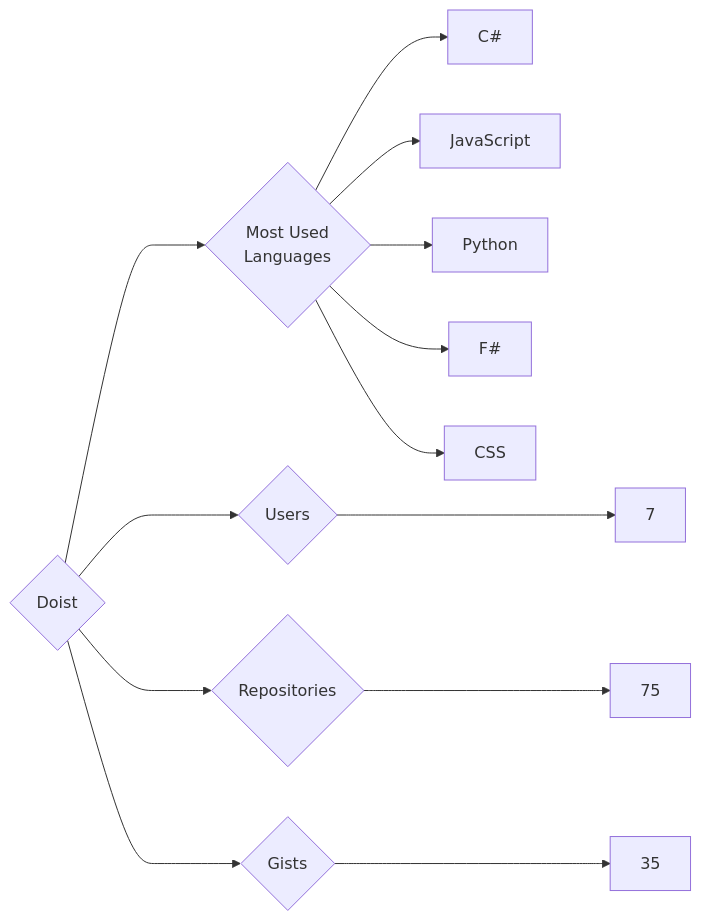
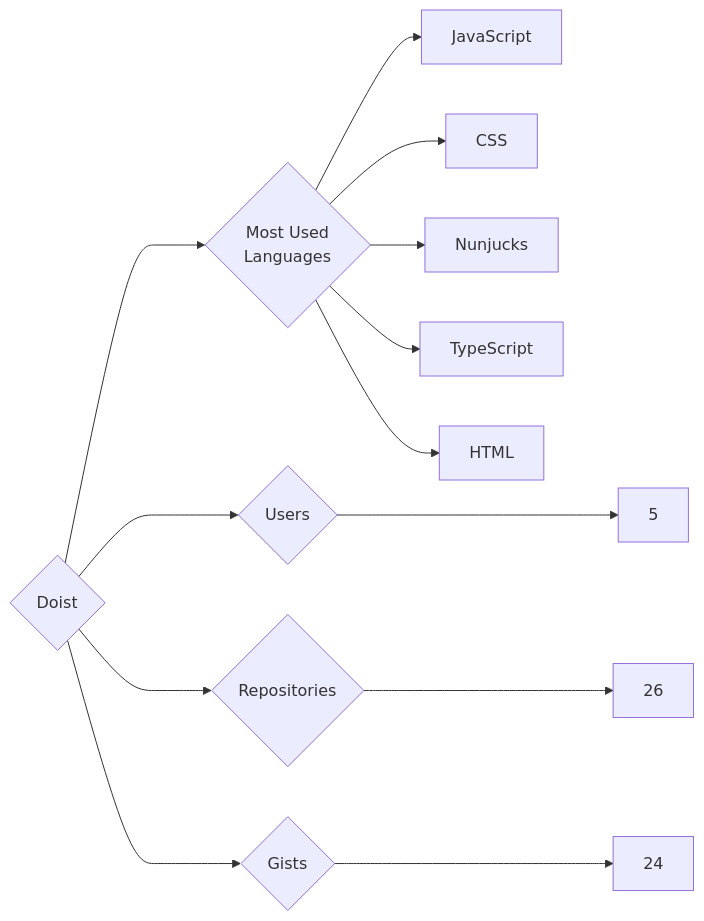
One commit to trickest/insiders changed the diagram in targets/Doist/README.md. Above: the diagram before and after it, drawn with Mermaid. The commit also changed 1212 other files, not shown here.

````diff
--- a/targets/Doist/README.md
+++ b/targets/Doist/README.md
@@ -3,13 +3,13 @@
 ```mermaid
 graph LR
 COMPANY_NAME{Doist}
-COMPANY_NAME ---> U{Users} ---> UN[7]
-COMPANY_NAME ---> R{Repositories} ---> RN[75]
-COMPANY_NAME ---> G{Gists} ---> GN[35]
+COMPANY_NAME ---> U{Users} ---> UN[5]
+COMPANY_NAME ---> R{Repositories} ---> RN[26]
+COMPANY_NAME ---> G{Gists} ---> GN[24]
 COMPANY_NAME ---> ML{Most Used<br>Languages}
-ML --> C#[C#]
 ML --> JavaScript[JavaScript]
-ML --> Python[Python]
-ML --> F#[F#]
 ML --> CSS[CSS]
+ML --> Nunjucks[Nunjucks]
+ML --> TypeScript[TypeScript]
+ML --> HTML[HTML]
 ```
````
